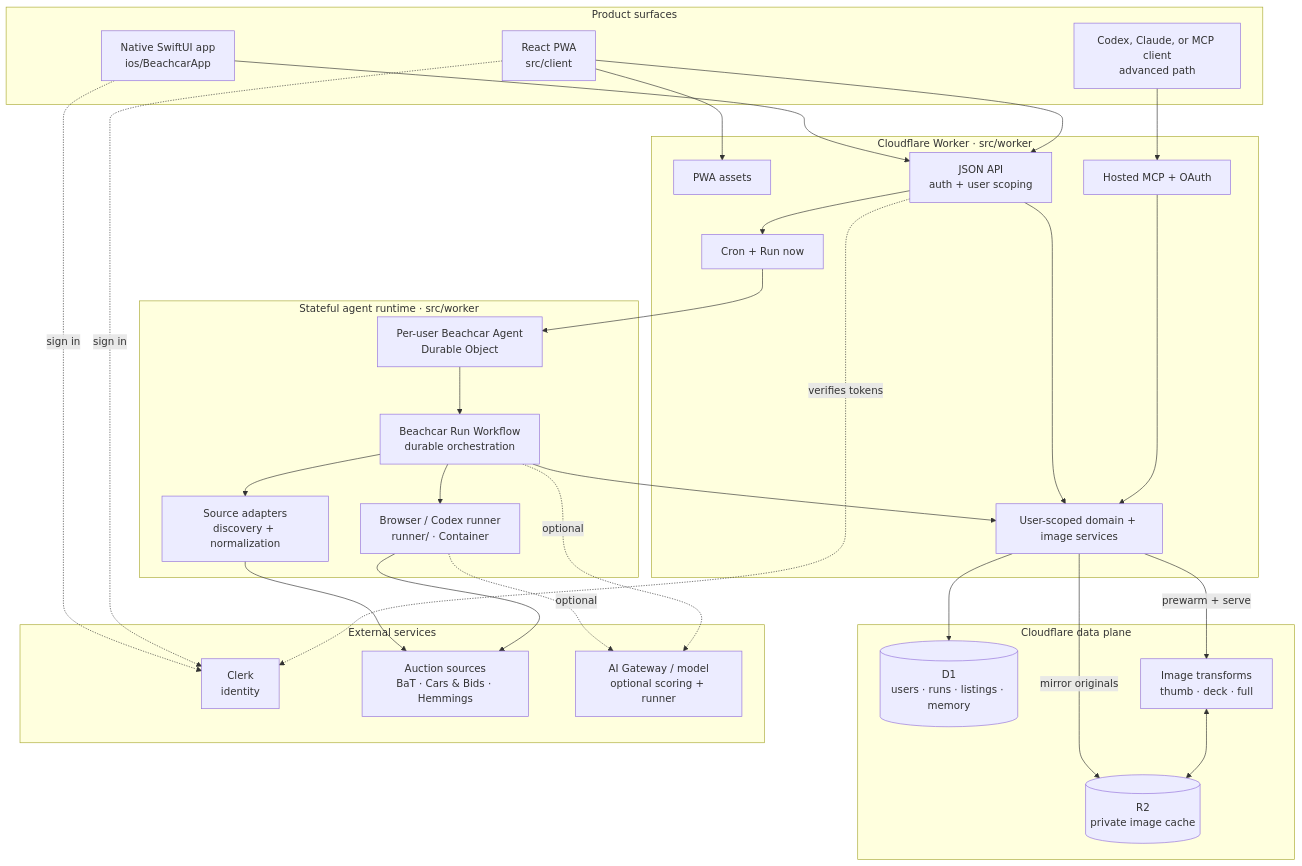
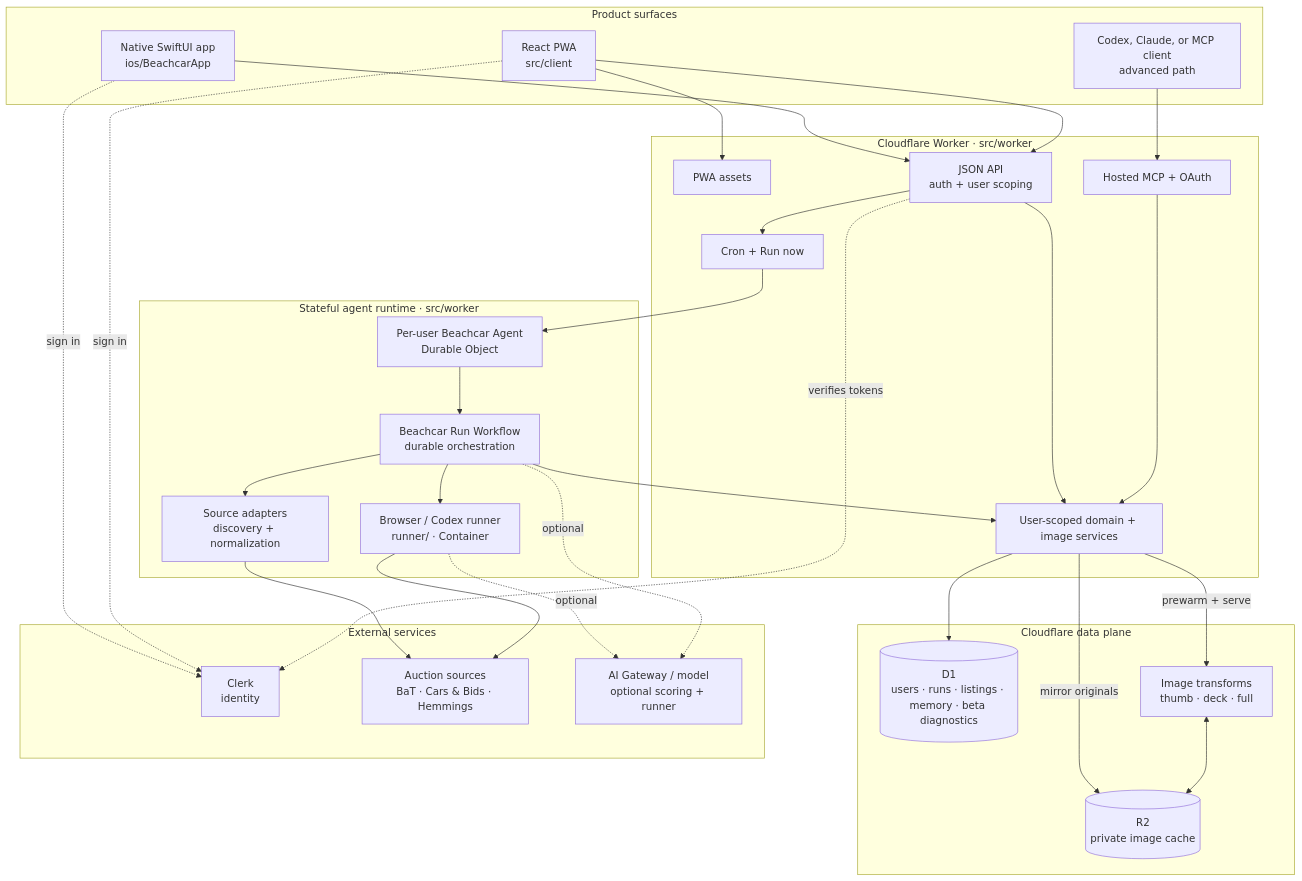
The second of 2 diagrams in README.md (joncooper/beachcar), drawn with Mermaid before and after one commit. The commit also changed other lines of this file and 28 other files, not shown here.

````diff
--- a/README.md
+++ b/README.md
@@ -119,59 +119,59 @@
 ```mermaid
 flowchart TB
     subgraph surfaces["Product surfaces"]
         IOS["Native SwiftUI app<br/>ios/BeachcarApp"]
         WEB["React PWA<br/>src/client"]
         CLIENT["Codex, Claude, or MCP client<br/>advanced path"]
     end
 
     subgraph edge["Cloudflare Worker · src/worker"]
         ASSETS["PWA assets"]
         API["JSON API<br/>auth + user scoping"]
         MCP["Hosted MCP + OAuth"]
         TRIGGER["Cron + Run now"]
         DOMAIN["User-scoped domain + image services"]
     end
 
     subgraph runtime["Stateful agent runtime · src/worker"]
         AGENT["Per-user Beachcar Agent<br/>Durable Object"]
         FLOW["Beachcar Run Workflow<br/>durable orchestration"]
         SOURCES["Source adapters<br/>discovery + normalization"]
         RUNNER["Browser / Codex runner<br/>runner/ · Container"]
     end
 
     subgraph storage["Cloudflare data plane"]
-        D1[("D1<br/>users · runs · listings · memory")]
+        D1[("D1<br/>users · runs · listings · memory · beta diagnostics")]
         R2[("R2<br/>private image cache")]
         IMAGES["Image transforms<br/>thumb · deck · full"]
     end
 
     subgraph services["External services"]
         CLERK["Clerk<br/>identity"]
         MARKETS["Auction sources<br/>BaT · Cars & Bids · Hemmings"]
         MODEL["AI Gateway / model<br/>optional scoring + runner"]
     end
 
     IOS --> API
     WEB --> ASSETS
     WEB --> API
     CLIENT --> MCP
     IOS -. sign in .-> CLERK
     WEB -. sign in .-> CLERK
     API -. verifies tokens .-> CLERK
     API --> DOMAIN
     MCP --> DOMAIN
     API --> TRIGGER
     TRIGGER --> AGENT
     AGENT --> FLOW
     FLOW --> SOURCES
     FLOW --> RUNNER
     FLOW --> DOMAIN
     SOURCES --> MARKETS
     RUNNER --> MARKETS
     RUNNER -. optional .-> MODEL
     FLOW -. optional .-> MODEL
     DOMAIN --> D1
     DOMAIN -->|mirror originals| R2
     DOMAIN -->|prewarm + serve| IMAGES
     IMAGES <--> R2
 ```
````
